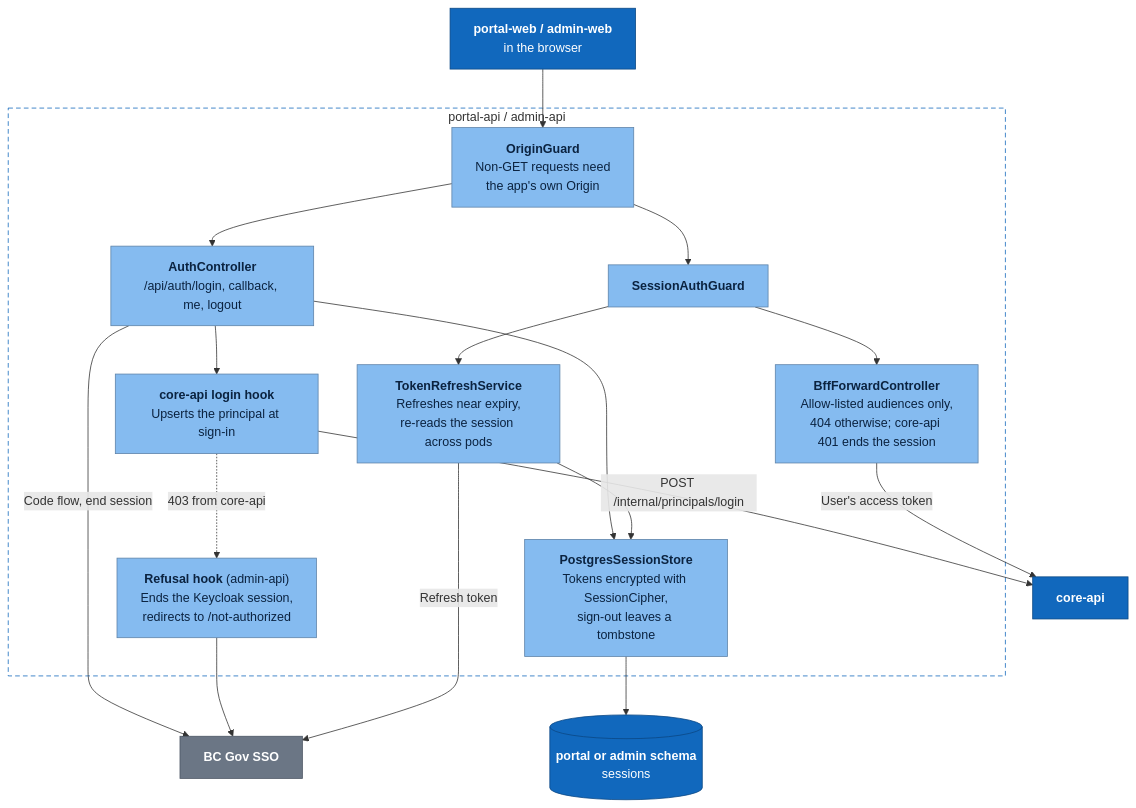
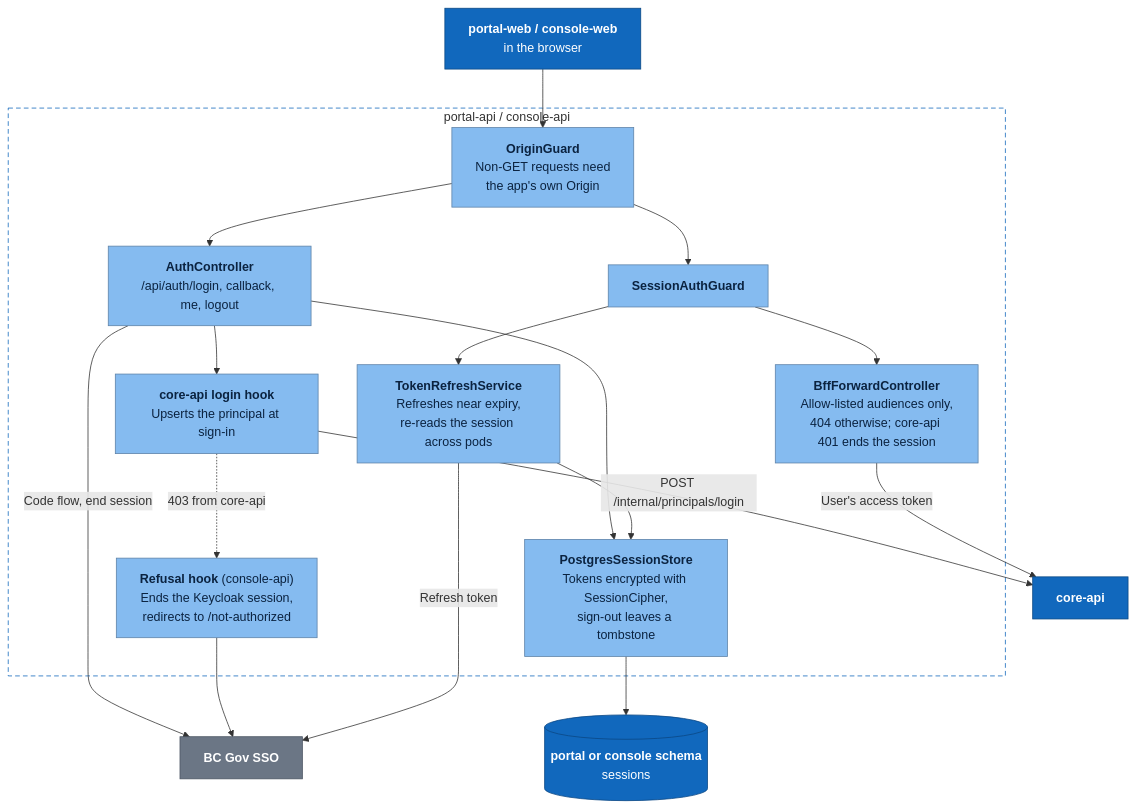
The fourth of 5 diagrams in docs/architecture.md (bcgov/sdg), drawn with Mermaid before and after one commit. The commit also changed other lines of this file and 294 other files, not shown here.

First line of the commit message:
refactor: rename the admin app to the console

````diff
--- a/docs/architecture.md
+++ b/docs/architecture.md
@@ -155,40 +155,40 @@
 ```mermaid
 flowchart TB
-  spa["<b>portal-web / admin-web</b><br/>in the browser"]:::internal
+  spa["<b>portal-web / console-web</b><br/>in the browser"]:::internal
   sso["<b>BC Gov SSO</b>"]:::ext
   core["<b>core-api</b>"]:::internal
 
-  subgraph BFF["portal-api / admin-api"]
+  subgraph BFF["portal-api / console-api"]
     origin["<b>OriginGuard</b><br/>Non-GET requests need<br/>the app's own Origin"]:::comp
     auth["<b>AuthController</b><br/>/api/auth/login, callback, me, logout"]:::comp
     login["<b>core-api login hook</b><br/>Upserts the principal at sign-in"]:::comp
-    refusal["<b>Refusal hook</b> (admin-api)<br/>Ends the Keycloak session,<br/>redirects to /not-authorized"]:::comp
+    refusal["<b>Refusal hook</b> (console-api)<br/>Ends the Keycloak session,<br/>redirects to /not-authorized"]:::comp
     sessguard["<b>SessionAuthGuard</b>"]:::comp
     refresh["<b>TokenRefreshService</b><br/>Refreshes near expiry,<br/>re-reads the session across pods"]:::comp
     forward["<b>BffForwardController</b><br/>Allow-listed audiences only,<br/>404 otherwise; core-api 401 ends the session"]:::comp
     store["<b>PostgresSessionStore</b><br/>Tokens encrypted with SessionCipher,<br/>sign-out leaves a tombstone"]:::comp
   end
 
-  db[("<b>portal or admin schema</b><br/>sessions")]:::internal
+  db[("<b>portal or console schema</b><br/>sessions")]:::internal
 
   spa --> origin
   origin --> auth
   origin --> sessguard
   auth -->|"Code flow, end session"| sso
   auth --> login
   login -->|"POST /internal/principals/login"| core
   login -.->|"403 from core-api"| refusal
   refusal --> sso
   sessguard --> refresh
   refresh -->|"Refresh token"| sso
   sessguard --> forward
   forward -->|"User's access token"| core
   auth --> store
   refresh --> store
   store --> db
 
   classDef internal fill:#1168bd,stroke:#0b4884,color:#ffffff
   classDef comp fill:#85bbf0,stroke:#5d82a8,color:#0b2340
   classDef ext fill:#6b7685,stroke:#4b5563,color:#ffffff
   style BFF fill:none,stroke:#1168bd,stroke-dasharray:6 4
 ```
````
